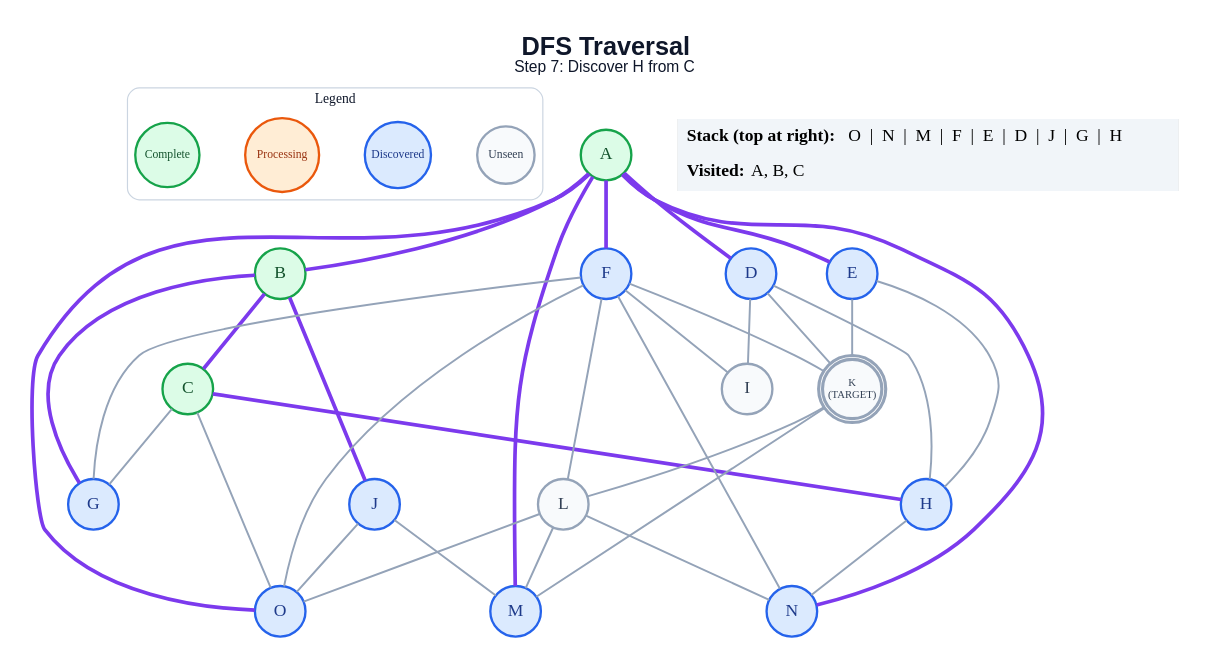
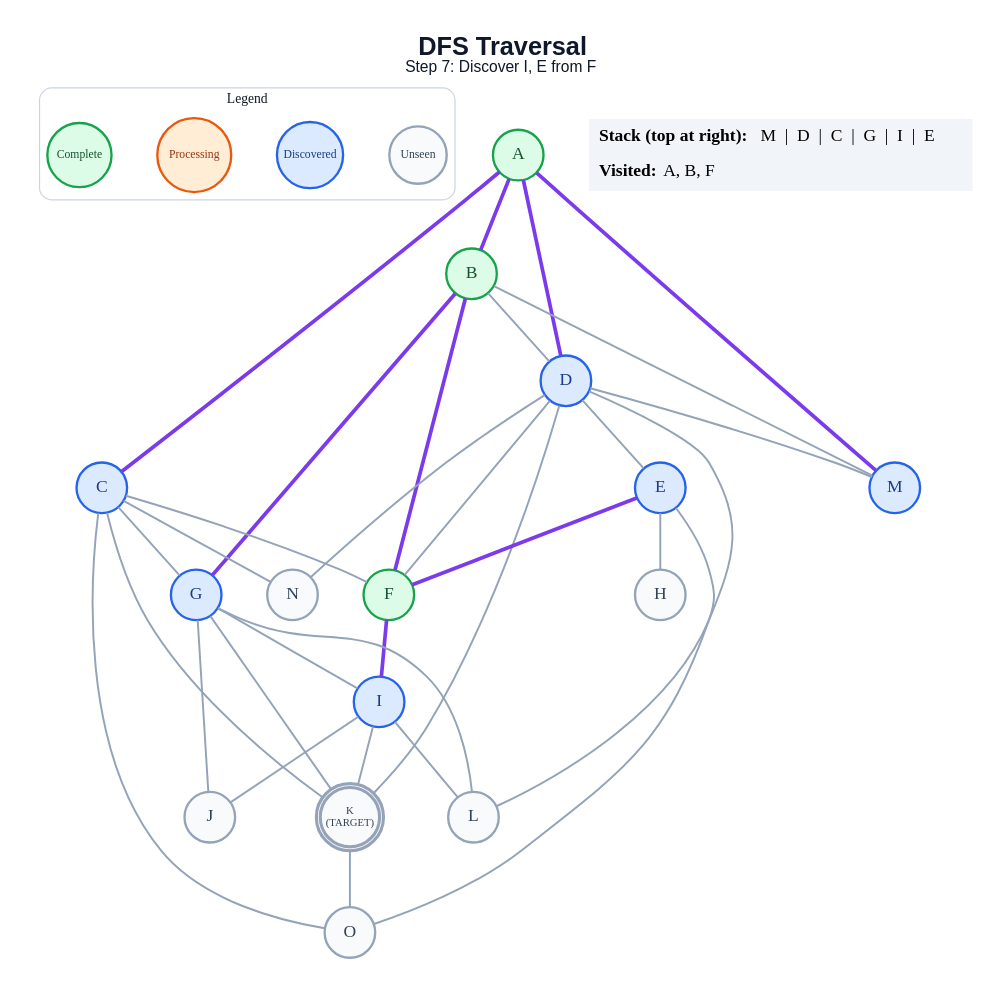
One commit to anon7238593-create/ai-slop changed the diagram in generated/short-circuit/dfs/step_07.dot. Above: the diagram before and after it, drawn with Graphviz. The commit also changed 265 other files, not shown here.

```diff
--- a/generated/short-circuit/dfs/step_07.dot
+++ b/generated/short-circuit/dfs/step_07.dot
@@ -1,66 +1,65 @@
 graph traversal {
   graph [layout=dot, rankdir=TB, bgcolor="#FFFFFF", pad="0.35", nodesep="0.65", ranksep="0.8", fontname="Arial"];
   node [shape=circle, style="filled", fontname="Arial Bold", fontsize=18, width=0.72, fixedsize=true, penwidth=2.4];
   edge [color="#94A3B8", penwidth=2.0];
-  label=<<B>DFS Traversal</B><BR/><FONT POINT-SIZE="16">Step 7: Discover H from C</FONT>>; labelloc="t"; fontsize=26; fontname="Arial"; fontcolor="#0F172A";
+  label=<<B>DFS Traversal</B><BR/><FONT POINT-SIZE="16">Step 7: Discover I, E from F</FONT>>; labelloc="t"; fontsize=26; fontname="Arial"; fontcolor="#0F172A";
   subgraph cluster_legend { label="Legend"; color="#CBD5E1"; penwidth=1.2; style="rounded"; fontsize=14; fontname="Arial Bold";
     key_unseen [label="Unseen", fillcolor="#F8FAFC", color="#94A3B8", fontcolor="#334155", fontsize=12, width=0.82];
     key_frontier [label="Discovered", fillcolor="#DBEAFE", color="#2563EB", fontcolor="#1E3A8A", fontsize=12, width=0.95];
     key_current [label="Processing", fillcolor="#FFEDD5", color="#EA580C", fontcolor="#9A3412", fontsize=12, width=1.05];
     key_done [label="Complete", fillcolor="#DCFCE7", color="#16A34A", fontcolor="#14532D", fontsize=12, width=0.92];
     { rank=same; key_unseen; key_frontier; key_current; key_done; }
   }
   A [label="A", fillcolor="#DCFCE7", color="#16A34A", fontcolor="#14532D", peripheries=1, penwidth=2.4];
   B [label="B", fillcolor="#DCFCE7", color="#16A34A", fontcolor="#14532D", peripheries=1, penwidth=2.4];
-  C [label="C", fillcolor="#DCFCE7", color="#16A34A", fontcolor="#14532D", peripheries=1, penwidth=2.4];
+  C [label="C", fillcolor="#DBEAFE", color="#2563EB", fontcolor="#1E3A8A", peripheries=1, penwidth=2.4];
   D [label="D", fillcolor="#DBEAFE", color="#2563EB", fontcolor="#1E3A8A", peripheries=1, penwidth=2.4];
   E [label="E", fillcolor="#DBEAFE", color="#2563EB", fontcolor="#1E3A8A", peripheries=1, penwidth=2.4];
-  F [label="F", fillcolor="#DBEAFE", color="#2563EB", fontcolor="#1E3A8A", peripheries=1, penwidth=2.4];
+  F [label="F", fillcolor="#DCFCE7", color="#16A34A", fontcolor="#14532D", peripheries=1, penwidth=2.4];
   G [label="G", fillcolor="#DBEAFE", color="#2563EB", fontcolor="#1E3A8A", peripheries=1, penwidth=2.4];
-  H [label="H", fillcolor="#DBEAFE", color="#2563EB", fontcolor="#1E3A8A", peripheries=1, penwidth=2.4];
-  I [label="I", fillcolor="#F8FAFC", color="#94A3B8", fontcolor="#334155", peripheries=1, penwidth=2.4];
-  J [label="J", fillcolor="#DBEAFE", color="#2563EB", fontcolor="#1E3A8A", peripheries=1, penwidth=2.4];
+  H [label="H", fillcolor="#F8FAFC", color="#94A3B8", fontcolor="#334155", peripheries=1, penwidth=2.4];
+  I [label="I", fillcolor="#DBEAFE", color="#2563EB", fontcolor="#1E3A8A", peripheries=1, penwidth=2.4];
+  J [label="J", fillcolor="#F8FAFC", color="#94A3B8", fontcolor="#334155", peripheries=1, penwidth=2.4];
   K [label="K\n(TARGET)", fillcolor="#F8FAFC", color="#94A3B8", fontcolor="#334155", peripheries=2, penwidth=3.2, fontsize=11, width=0.85, height=0.85];
   L [label="L", fillcolor="#F8FAFC", color="#94A3B8", fontcolor="#334155", peripheries=1, penwidth=2.4];
   M [label="M", fillcolor="#DBEAFE", color="#2563EB", fontcolor="#1E3A8A", peripheries=1, penwidth=2.4];
-  N [label="N", fillcolor="#DBEAFE", color="#2563EB", fontcolor="#1E3A8A", peripheries=1, penwidth=2.4];
-  O [label="O", fillcolor="#DBEAFE", color="#2563EB", fontcolor="#1E3A8A", peripheries=1, penwidth=2.4];
+  N [label="N", fillcolor="#F8FAFC", color="#94A3B8", fontcolor="#334155", peripheries=1, penwidth=2.4];
+  O [label="O", fillcolor="#F8FAFC", color="#94A3B8", fontcolor="#334155", peripheries=1, penwidth=2.4];
   A -- B [color="#7C3AED", penwidth=3.8];
+  A -- C [color="#7C3AED", penwidth=3.8];
   A -- D [color="#7C3AED", penwidth=3.8];
-  A -- E [color="#7C3AED", penwidth=3.8];
-  A -- F [color="#7C3AED", penwidth=3.8];
   A -- M [color="#7C3AED", penwidth=3.8];
-  A -- N [color="#7C3AED", penwidth=3.8];
-  A -- O [color="#7C3AED", penwidth=3.8];
-  B -- C [color="#7C3AED", penwidth=3.8];
+  B -- D;
+  B -- F [color="#7C3AED", penwidth=3.8];
   B -- G [color="#7C3AED", penwidth=3.8];
-  B -- J [color="#7C3AED", penwidth=3.8];
+  B -- M;
+  C -- F;
   C -- G;
-  C -- H [color="#7C3AED", penwidth=3.8];
+  C -- K;
+  C -- N;
   C -- O;
-  D -- H;
-  D -- I;
+  D -- E;
+  D -- F;
   D -- K;
+  D -- L;
+  D -- M;
+  D -- N;
+  E -- F [color="#7C3AED", penwidth=3.8];
   E -- H;
-  E -- K;
-  F -- G;
-  F -- I;
-  F -- K;
-  F -- L;
-  F -- N;
-  F -- O;
-  H -- N;
-  J -- M;
-  J -- O;
-  K -- L;
-  K -- M;
-  L -- M;
-  L -- N;
-  L -- O;
+  E -- O;
+  F -- I [color="#7C3AED", penwidth=3.8];
+  G -- I;
+  G -- J;
+  G -- K;
+  G -- L;
+  I -- J;
+  I -- K;
+  I -- L;
+  K -- O;
   status [shape=plain, fixedsize=false, width=0, height=0, margin=0, label=<
     <TABLE BORDER="0" CELLBORDER="0" CELLPADDING="7" BGCOLOR="#F1F5F9">
-      <TR><TD ALIGN="LEFT"><B>Stack (top at right):</B> O  |  N  |  M  |  F  |  E  |  D  |  J  |  G  |  H</TD></TR>
-      <TR><TD ALIGN="LEFT"><B>Visited:</B> A, B, C</TD></TR>
+      <TR><TD ALIGN="LEFT"><B>Stack (top at right):</B> M  |  D  |  C  |  G  |  I  |  E</TD></TR>
+      <TR><TD ALIGN="LEFT"><B>Visited:</B> A, B, F</TD></TR>
     </TABLE>
   >];
 }
```
